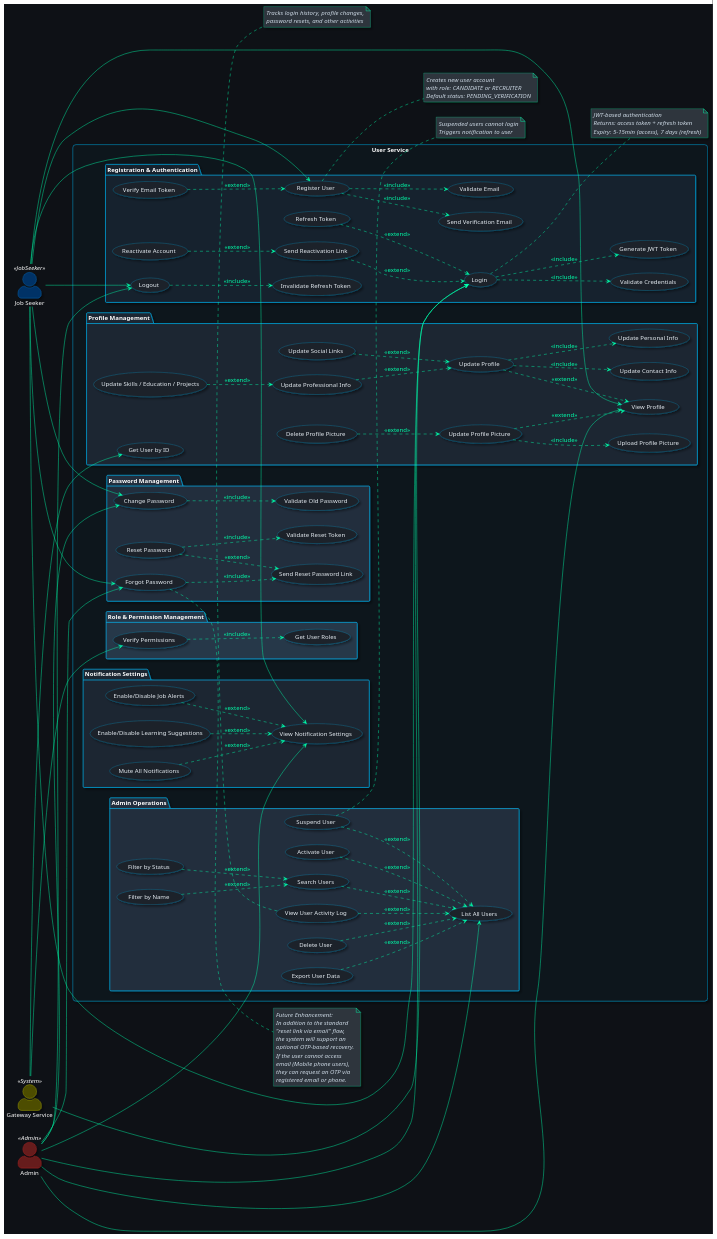
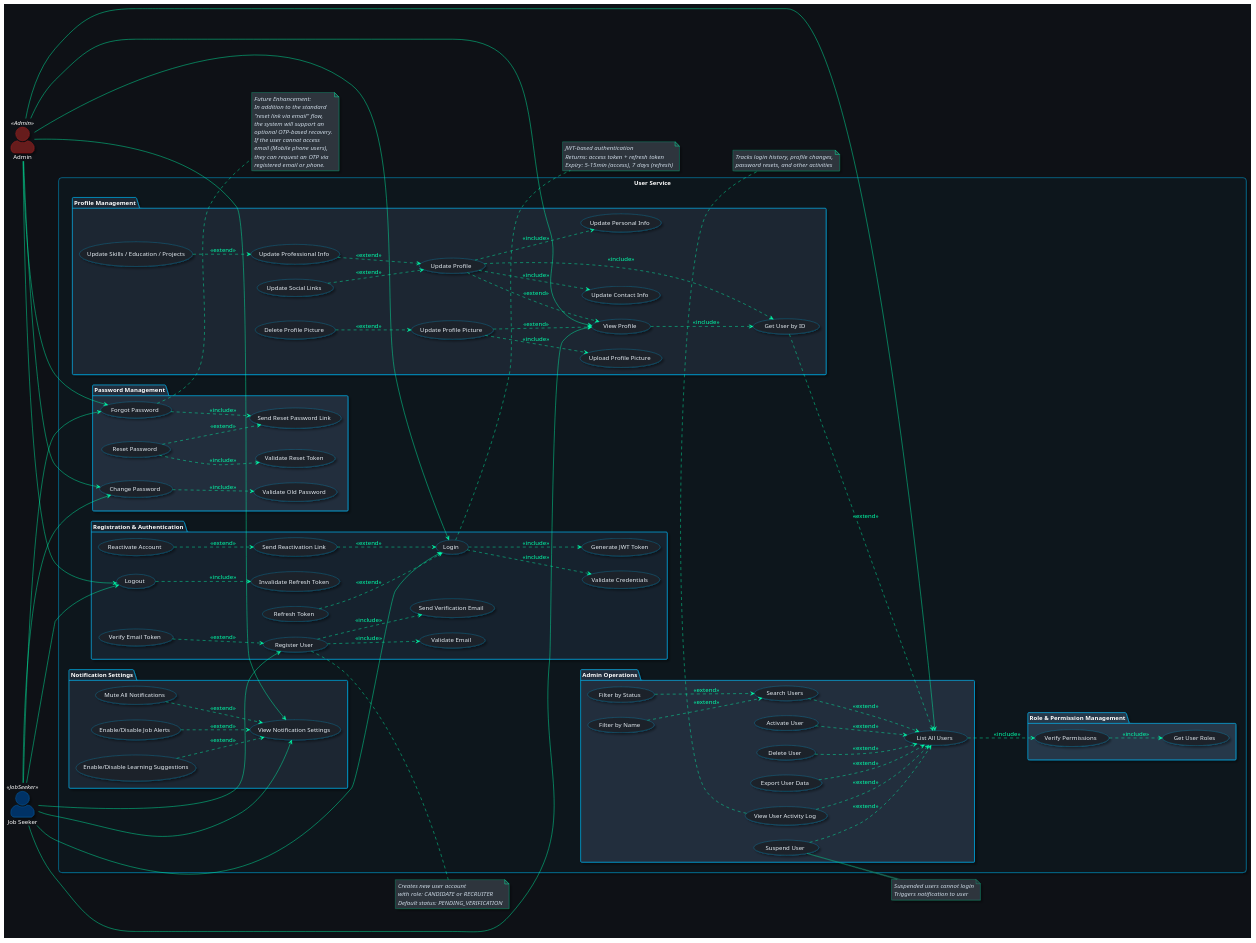
One commit to JitheshKrishnan/career-nexus changed the diagram in Project Documentation/Design/Use Case Diagrams/UserService-UseCaseDiagram.puml. Above: the diagram before and after it, drawn with PlantUML. The commit also changed 9 other files, not shown here.

Commit message:
Staarted working on sequence diagrams

```diff
--- a/Project Documentation/Design/Use Case Diagrams/UserService-UseCaseDiagram.puml
+++ b/Project Documentation/Design/Use Case Diagrams/UserService-UseCaseDiagram.puml
@@ -86,7 +86,6 @@
 ' ====== Actors ======
 actor "Job Seeker" as JS <<JobSeeker>>
 actor "Admin" as A <<Admin>>
-actor "Gateway Service" as GW <<System>>
 
 rectangle "User Service" {
     
@@ -177,24 +176,22 @@
 A --> UC15
 A --> UC19
 
-' ========== System Associations ==========
-GW --> UC2
-GW --> UC7    
-GW --> UC14
-
 ' ========== Include Relationships ==========
 UC1 ..> UC1a : <<include>>
 UC1 ..> UC1b : <<include>>
 UC2 ..> UC2a : <<include>>
 UC2 ..> UC2b : <<include>>
 UC3 ..> UC3a : <<include>>
+UC4 ..> UC7 : <<include>>
 UC5 ..> UC5a : <<include>>
 UC5 ..> UC5b : <<include>>
+UC5 ..> UC7 : <<include>>
 UC6 ..> UC6a : <<include>>
 UC8 ..> UC8a : <<include>>
 UC9 ..> UC9a : <<include>>
 UC10 ..> UC10a : <<include>>
 UC14 ..> UC13 : <<include>>
+UC19 ..> UC14 : <<include>>
 
 ' ========== Extend Relationships ==========
 UC1c ..> UC1 : <<extend>>
@@ -207,6 +204,7 @@
 UC5 ..> UC4 : <<extend>>
 UC6 ..> UC4 : <<extend>>
 UC6b ..> UC6 : <<extend>>
+UC7 ..> UC19 : <<extend>>
 UC10 ..> UC9a : <<extend>>
 UC16 ..> UC15 : <<extend>>
 UC17 ..> UC15 : <<extend>>
```
